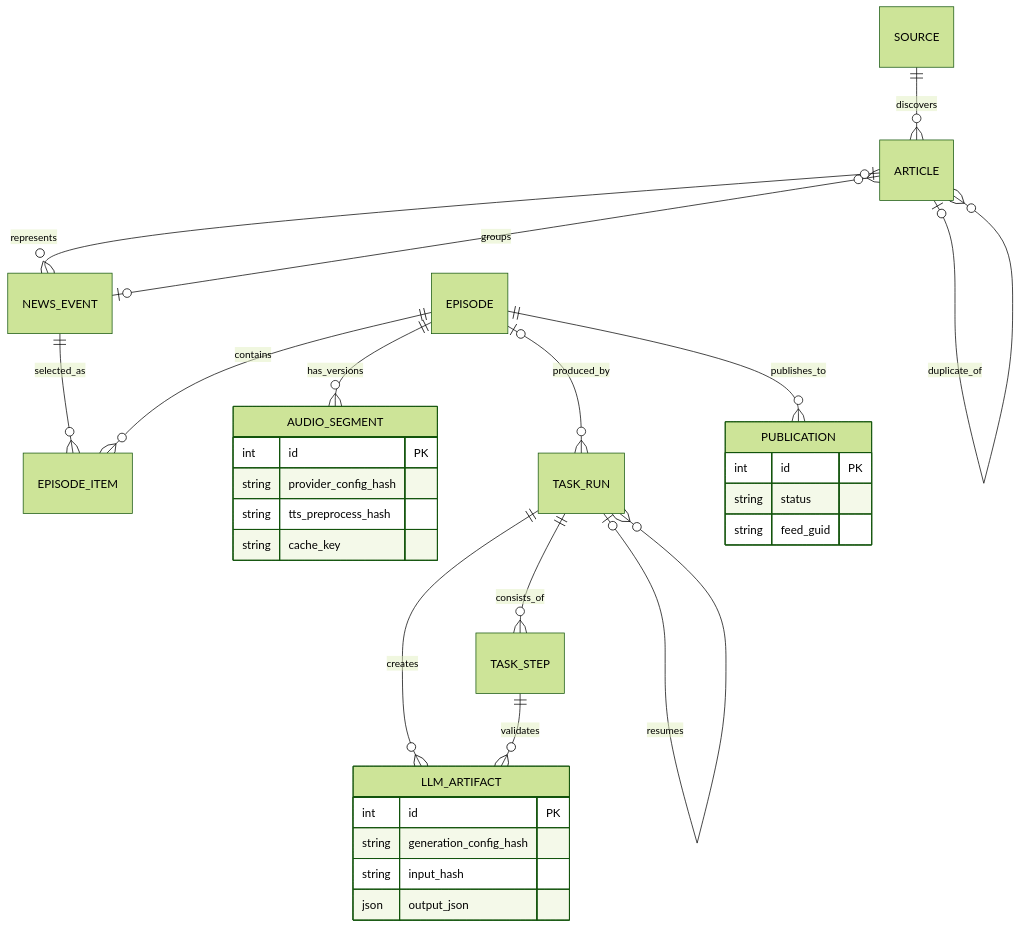
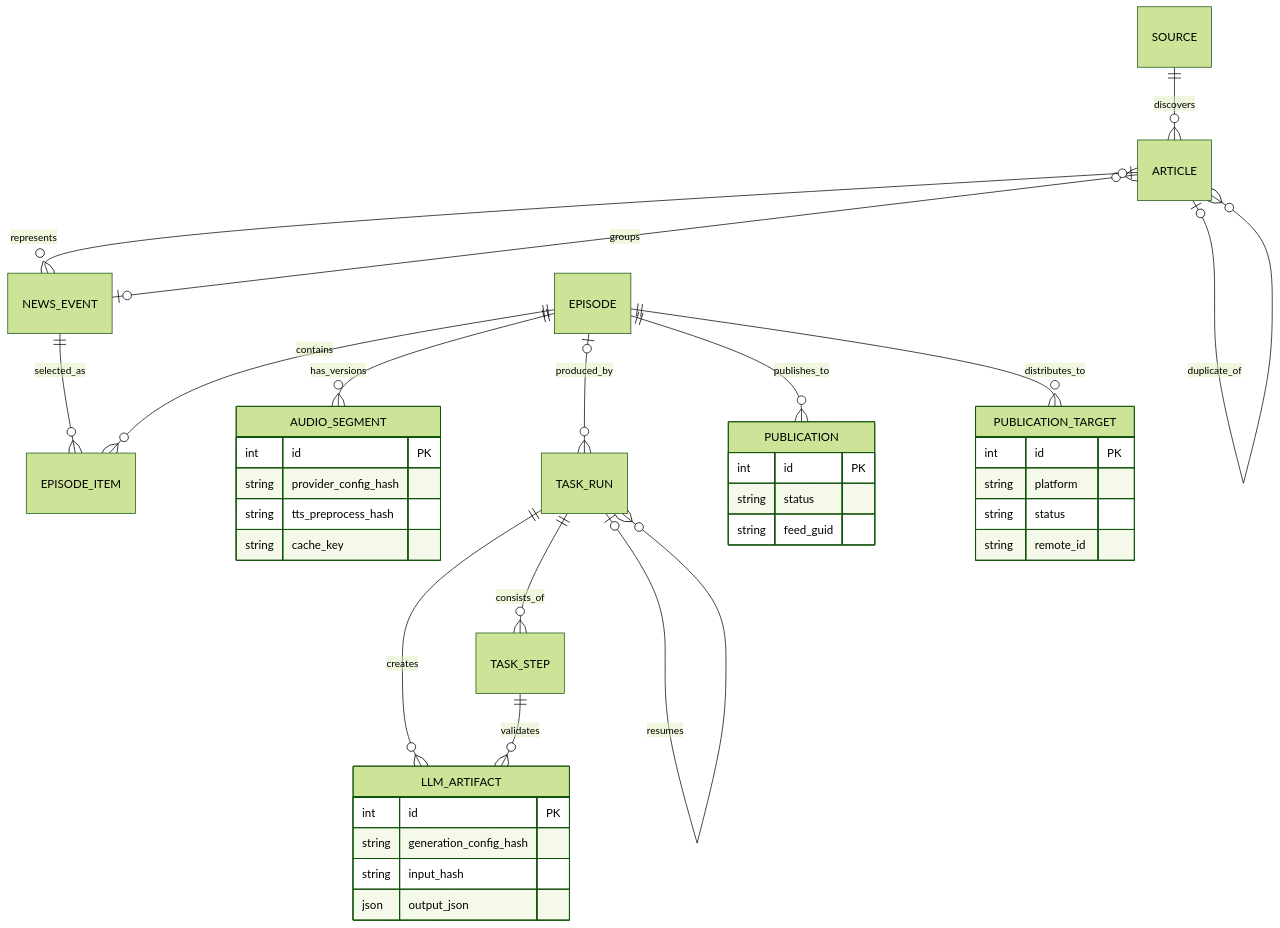
Before and after one commit to leisun123/daily_cast: the diagram in docs/data-model.md, drawn with Mermaid (forest theme). The commit also changed other lines of this file and 9 other files, not shown here.

````diff
--- a/docs/data-model.md
+++ b/docs/data-model.md
@@ -47,34 +47,41 @@
 ```mermaid
 erDiagram
     SOURCE ||--o{ ARTICLE : discovers
     ARTICLE o|--o{ ARTICLE : duplicate_of
     NEWS_EVENT o|--o{ ARTICLE : groups
     ARTICLE o|--o{ NEWS_EVENT : represents
     NEWS_EVENT ||--o{ EPISODE_ITEM : selected_as
     EPISODE ||--o{ EPISODE_ITEM : contains
     EPISODE ||--o{ AUDIO_SEGMENT : has_versions
     EPISODE o|--o{ TASK_RUN : produced_by
     TASK_RUN ||--o{ TASK_STEP : consists_of
     TASK_RUN o|--o{ TASK_RUN : resumes
     TASK_RUN ||--o{ LLM_ARTIFACT : creates
     TASK_STEP ||--o{ LLM_ARTIFACT : validates
     EPISODE ||--o{ PUBLICATION : publishes_to
+    EPISODE ||--o{ PUBLICATION_TARGET : distributes_to
 
     LLM_ARTIFACT {
         int id PK
         string generation_config_hash
         string input_hash
         json output_json
     }
     AUDIO_SEGMENT {
         int id PK
         string provider_config_hash
         string tts_preprocess_hash
         string cache_key
     }
     PUBLICATION {
         int id PK
         string status
         string feed_guid
     }
+    PUBLICATION_TARGET {
+        int id PK
+        string platform
+        string status
+        string remote_id
+    }
 ```
````
